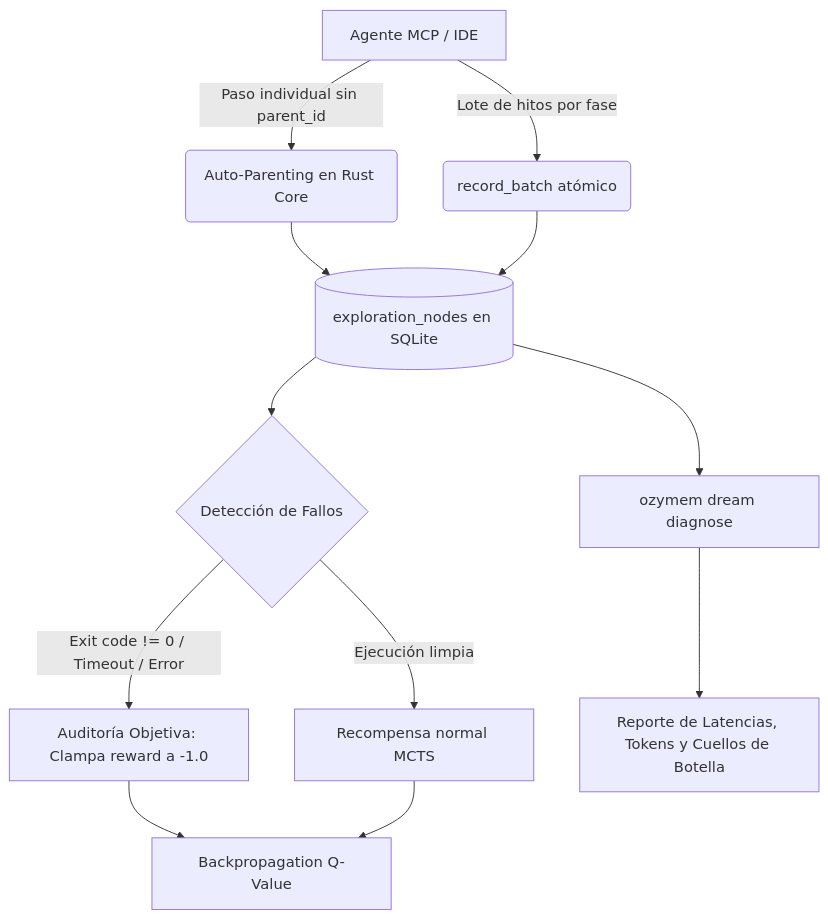
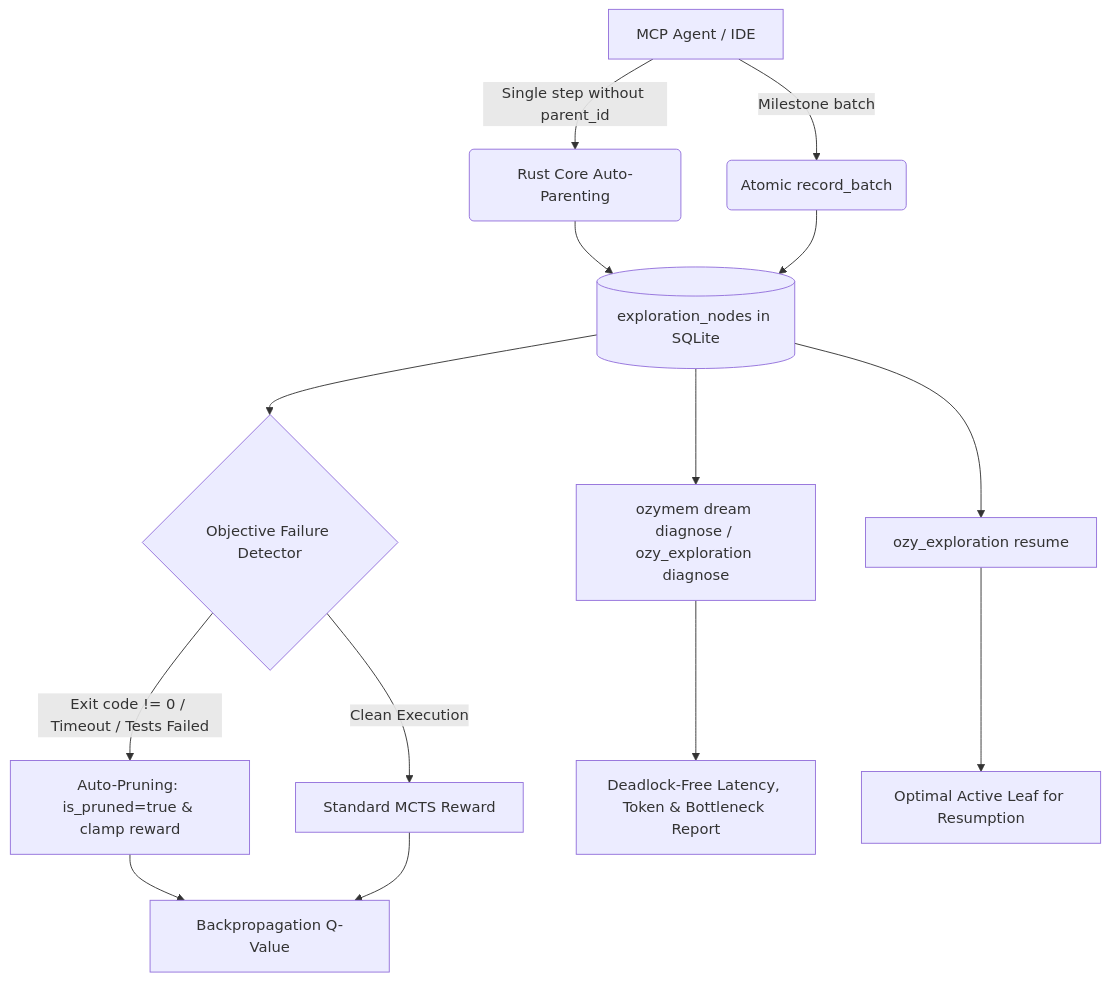
One commit to Xangel0s/ozygram changed the diagram in docs/dream-rsi.md. Above: the diagram before and after it, drawn with Mermaid. The commit also changed other lines of this file and 10 other files, not shown here.

````diff
--- a/docs/dream-rsi.md
+++ b/docs/dream-rsi.md
@@ -21,18 +21,21 @@
 ```mermaid
 flowchart TD
-    A[Agente MCP / IDE] -->|Paso individual sin parent_id| B(Auto-Parenting en Rust Core)
-    A -->|Lote de hitos por fase| C(record_batch atómico)
+    A[MCP Agent / IDE] -->|Single step without parent_id| B(Rust Core Auto-Parenting)
+    A -->|Milestone batch| C(Atomic record_batch)
     
-    B --> D[(exploration_nodes en SQLite)]
+    B --> D[(exploration_nodes in SQLite)]
     C --> D
     
-    D --> E{Detección de Fallos}
-    E -->|Exit code != 0 / Timeout / Error| F[Auditoría Objetiva: Clampa reward a -1.0]
-    E -->|Ejecución limpia| G[Recompensa normal MCTS]
+    D --> E{Objective Failure Detector}
+    E -->|Exit code != 0 / Timeout / Tests Failed| F[Auto-Pruning: is_pruned=true & clamp reward]
+    E -->|Clean Execution| G[Standard MCTS Reward]
     
     F --> H[Backpropagation Q-Value]
     G --> H
     
-    D --> I[ozymem dream diagnose]
-    I --> J[Reporte de Latencias, Tokens y Cuellos de Botella]
+    D --> I[ozymem dream diagnose / ozy_exploration diagnose]
+    I --> J[Deadlock-Free Latency, Token & Bottleneck Report]
+
+    D --> K[ozy_exploration resume]
+    K --> L[Optimal Active Leaf for Resumption]
 ```
````
